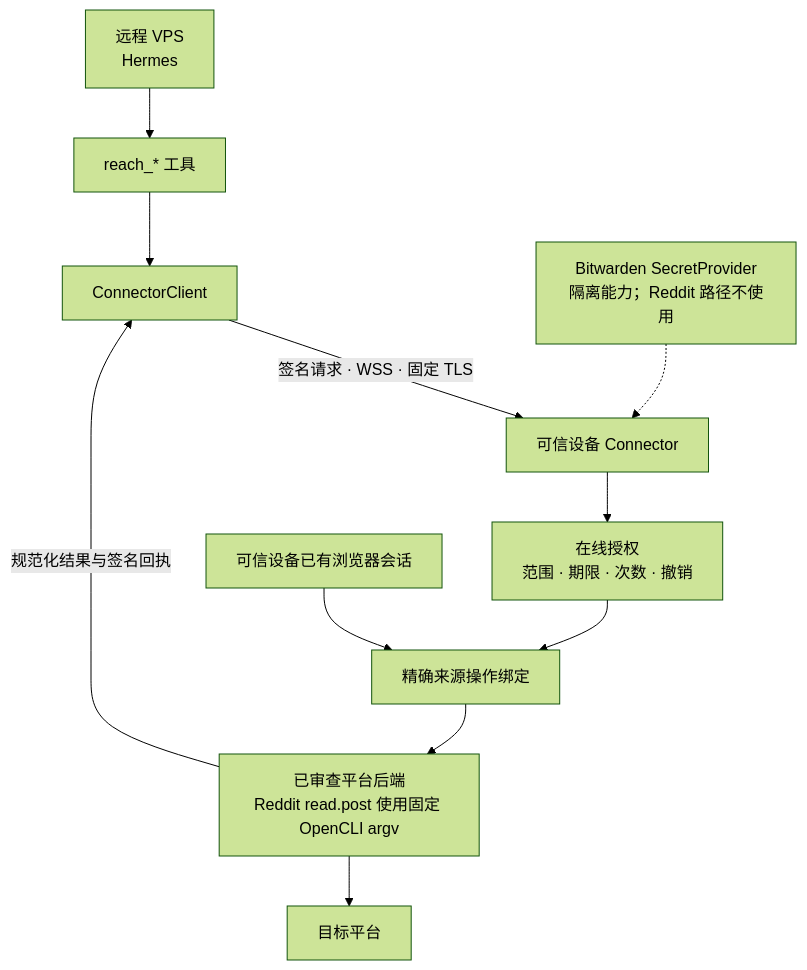
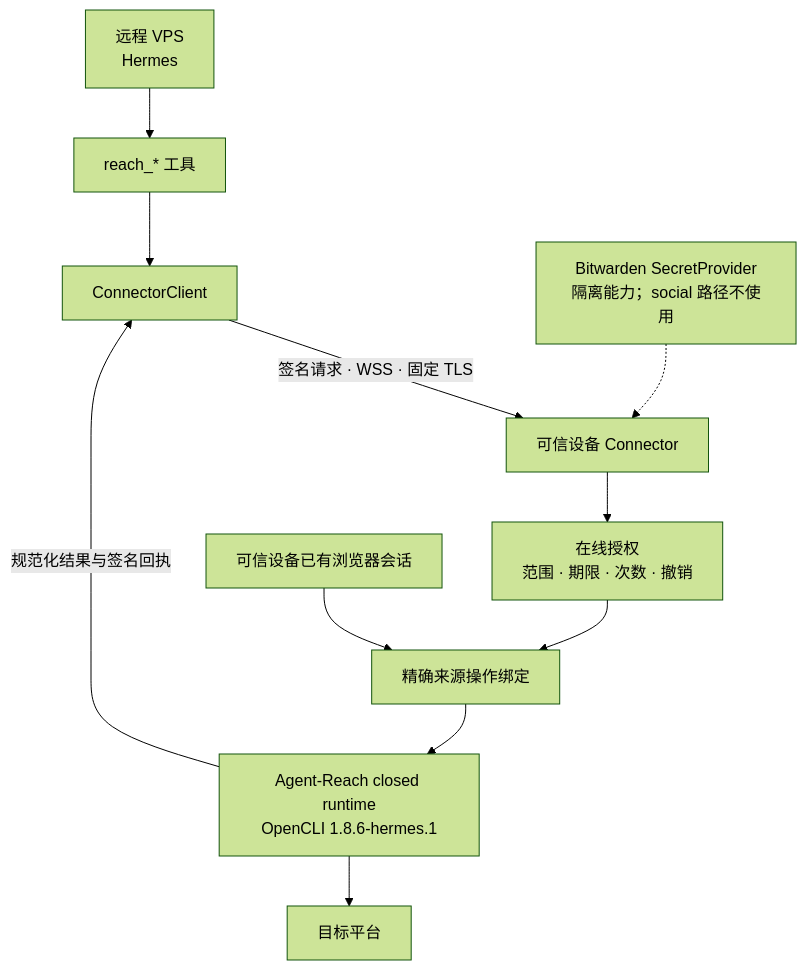
Before and after one commit to izumi0uu/hermes-reach: the second of 2 diagrams in README.md, drawn with Mermaid (forest theme). The commit also changed other lines of this file and 45 other files, not shown here.

Commit message:
feat(agent-reach): execute OpenCLI social platform batch

````diff
--- a/README.md
+++ b/README.md
@@ -364,13 +369,13 @@
 ```mermaid
 flowchart TD
     VPS["远程 VPS<br/>Hermes"] --> Tools["reach_* 工具"]
     Tools --> Client["ConnectorClient"]
     Client -->|"签名请求 · WSS · 固定 TLS"| Service["可信设备 Connector"]
     Service --> Grant["在线授权<br/>范围 · 期限 · 次数 · 撤销"]
     Grant --> Binding["精确来源操作绑定"]
     Session["可信设备已有浏览器会话"] --> Binding
-    Secrets["Bitwarden SecretProvider<br/>隔离能力；Reddit 路径不使用"] -.-> Service
-    Binding --> Backend["已审查平台后端<br/>Reddit read.post 使用固定 OpenCLI argv"]
+    Secrets["Bitwarden SecretProvider<br/>隔离能力；social 路径不使用"] -.-> Service
+    Binding --> Backend["Agent-Reach closed runtime<br/>OpenCLI 1.8.6-hermes.1"]
     Backend --> Platform["目标平台"]
     Backend -->|"规范化结果与签名回执"| Client
 ```
````
